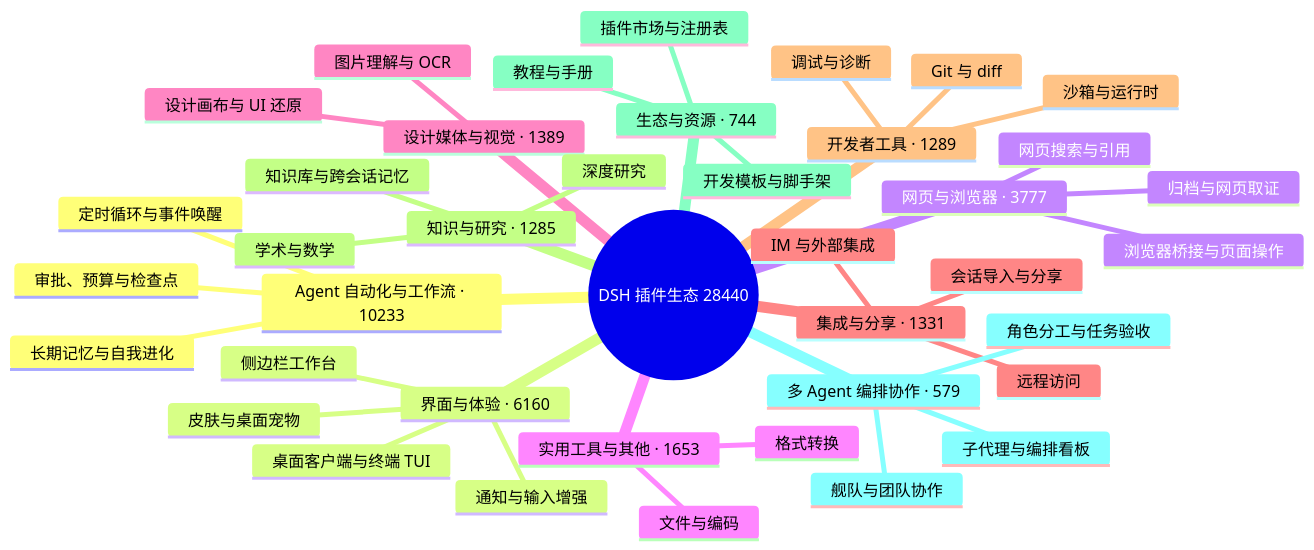
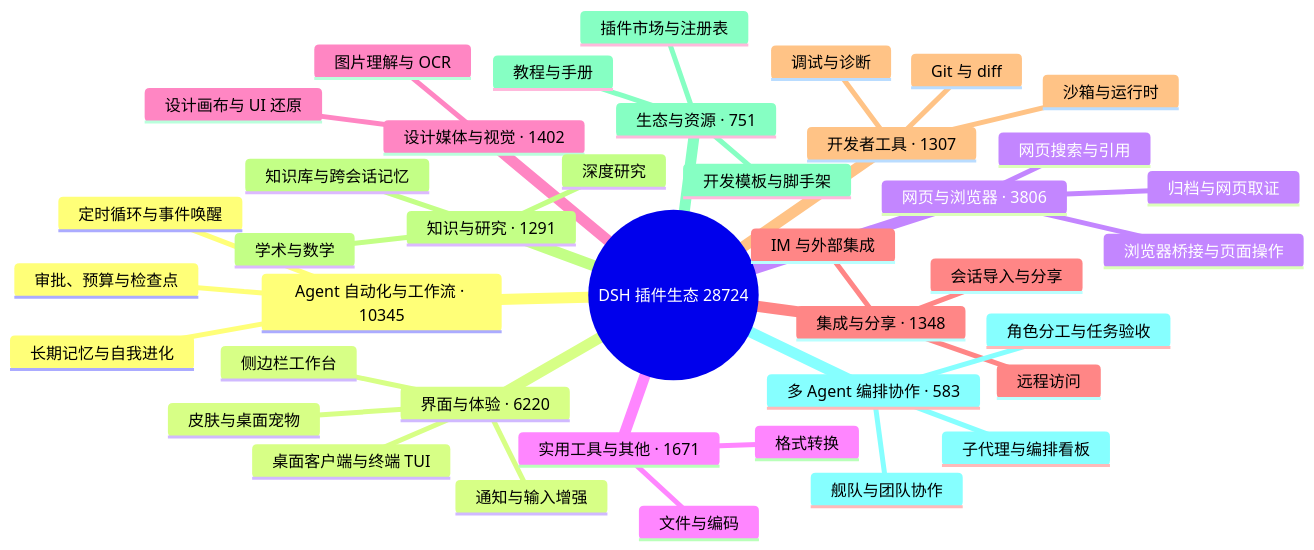
Before and after one commit to bruc3van/awesome-dsh-plugin: the diagram in README.md, drawn with Mermaid. The commit also changed other lines of this file and 27 other files, not shown here.

````diff
--- a/README.md
+++ b/README.md
@@ -34,43 +34,43 @@
 ```mermaid
 mindmap
-  root((DSH 插件生态 28440))
-    Agent 自动化与工作流 · 10233
+  root((DSH 插件生态 28724))
+    Agent 自动化与工作流 · 10345
       定时循环与事件唤醒
       长期记忆与自我进化
       审批、预算与检查点
-    界面与体验 · 6160
+    界面与体验 · 6220
       桌面客户端与终端 TUI
       侧边栏工作台
       皮肤与桌面宠物
       通知与输入增强
-    网页与浏览器 · 3777
+    网页与浏览器 · 3806
       浏览器桥接与页面操作
       网页搜索与引用
       归档与网页取证
-    实用工具与其他 · 1653
+    实用工具与其他 · 1671
       文件与编码
       格式转换
-    设计媒体与视觉 · 1389
+    设计媒体与视觉 · 1402
       图片理解与 OCR
       设计画布与 UI 还原
-    集成与分享 · 1331
+    集成与分享 · 1348
       会话导入与分享
       远程访问
       IM 与外部集成
-    开发者工具 · 1289
+    开发者工具 · 1307
       Git 与 diff
       沙箱与运行时
       调试与诊断
-    知识与研究 · 1285
+    知识与研究 · 1291
       知识库与跨会话记忆
       深度研究
       学术与数学
-    生态与资源 · 744
+    生态与资源 · 751
       插件市场与注册表
       开发模板与脚手架
       教程与手册
-    多 Agent 编排协作 · 579
+    多 Agent 编排协作 · 583
       子代理与编排看板
       舰队与团队协作
       角色分工与任务验收
 ```
````
